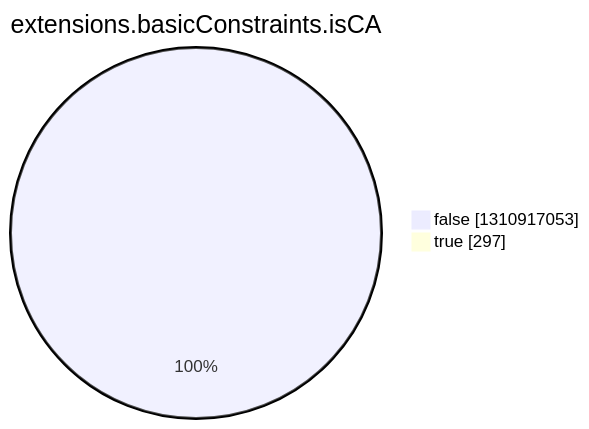
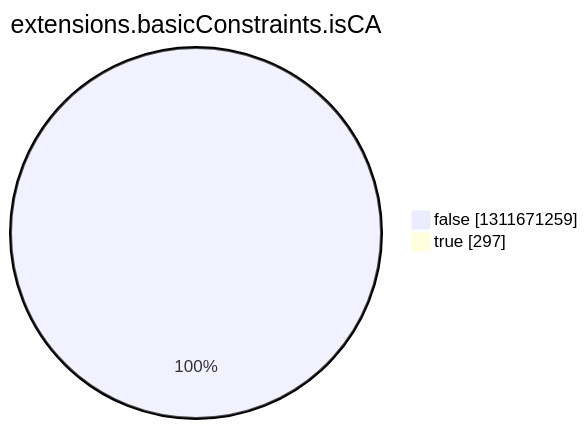
The eighth of 15 diagrams in argon2022/README.md (christiankrug/ctmonitor_visualization), drawn with Mermaid before and after one commit. The commit also changed other lines of this file, not shown here.

````diff
--- a/argon2022/README.md
+++ b/argon2022/README.md
@@ -2758,6 +2758,6 @@
 ```mermaid
 pie showData
 title extensions.basicConstraints.isCA
-"false" :1310917053
+"false" :1311671259
 "true" :297
 ```
````
